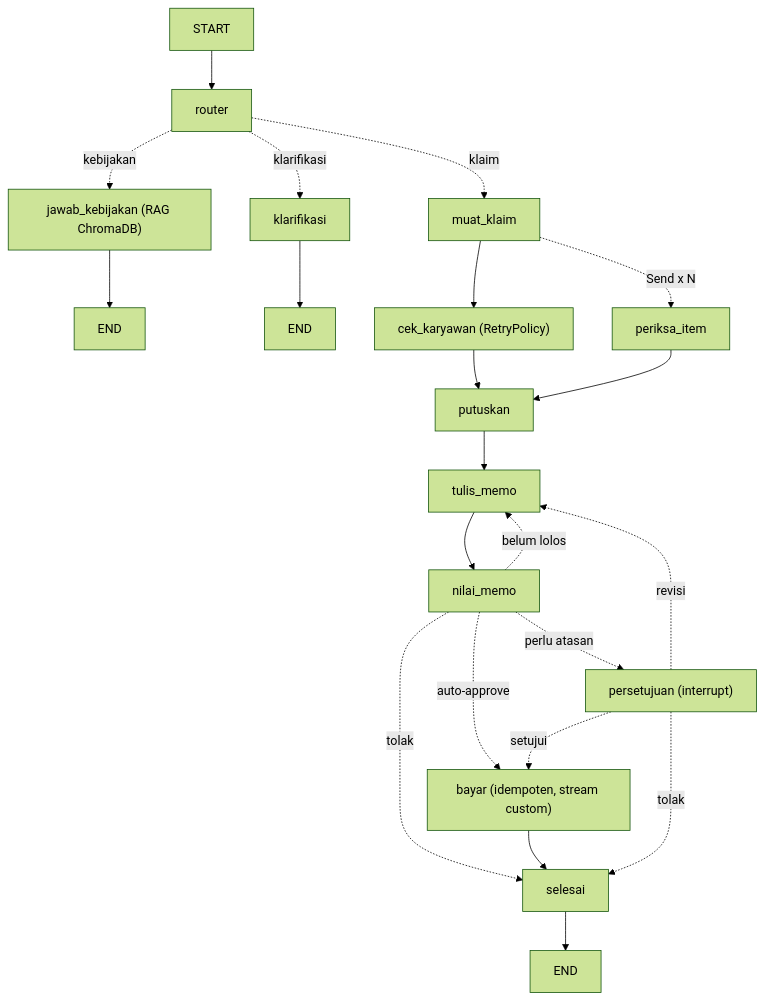
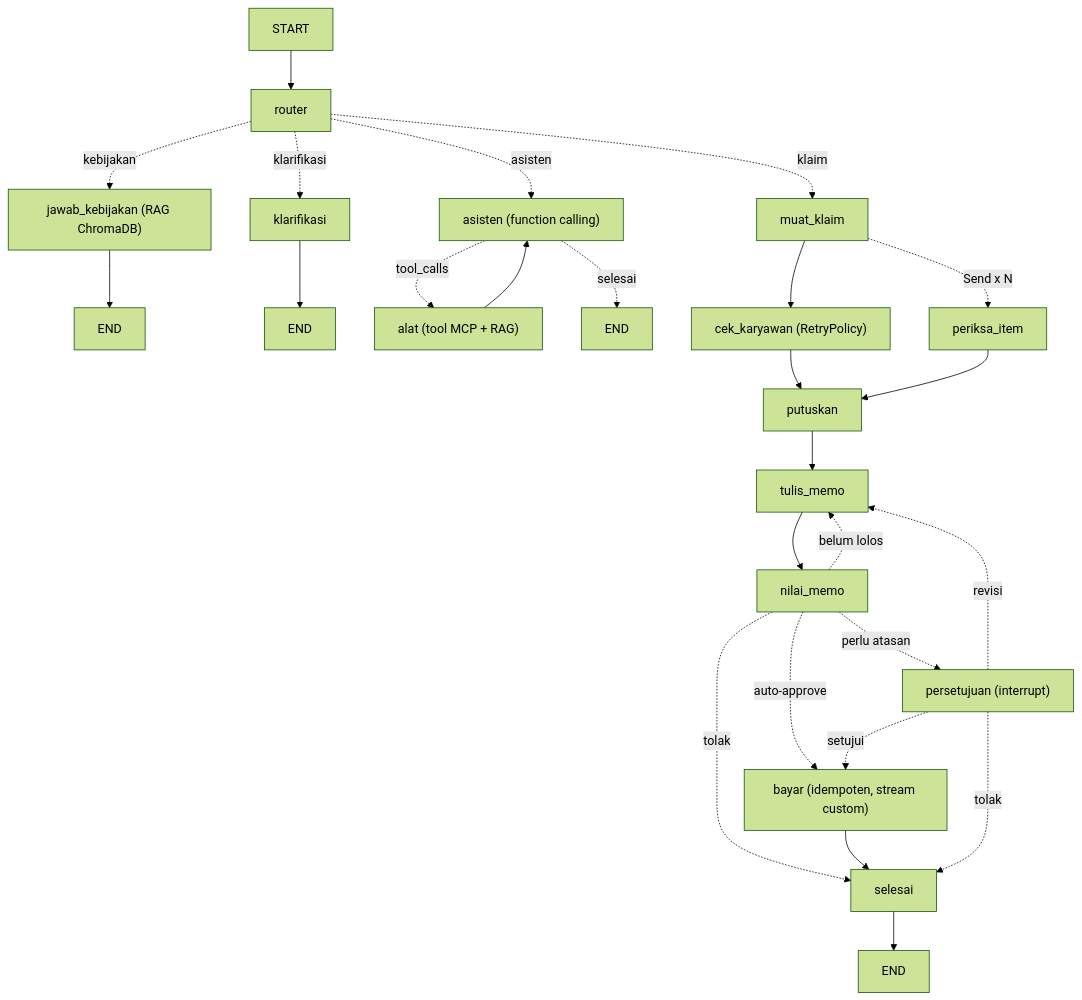
Before and after one commit to bilalbayasut/langgraph-klaim-lab: the tenth of 10 diagrams in LAB.md, drawn with Mermaid (forest theme). The commit also changed other lines of this file and 8 other files, not shown here.

First line of the commit message:
Tahap B: Hari 1 lengkap (function calling, MCP, retrieval sebagai tool, evaluasi)

````diff
--- a/LAB.md
+++ b/LAB.md
@@ -4570,19 +5506,22 @@
 ```mermaid
 flowchart TD
   START --> router
   router -.klaim.-> muat_klaim
   router -.kebijakan.-> jawab_kebijakan["jawab_kebijakan (RAG ChromaDB)"] --> E1[END]
   router -.klarifikasi.-> klarifikasi --> E2[END]
+  router -.asisten.-> asisten["asisten (function calling)"]
+  asisten -.tool_calls.-> alat["alat (tool MCP + RAG)"] --> asisten
+  asisten -.selesai.-> E4[END]
   muat_klaim --> cek_karyawan["cek_karyawan (RetryPolicy)"]
   muat_klaim -.Send x N.-> periksa_item
   cek_karyawan --> putuskan
   periksa_item --> putuskan
   putuskan --> tulis_memo --> nilai_memo
   nilai_memo -.belum lolos.-> tulis_memo
   nilai_memo -.perlu atasan.-> persetujuan["persetujuan (interrupt)"]
   nilai_memo -.auto-approve.-> bayar
   nilai_memo -.tolak.-> selesai
   persetujuan -.setujui.-> bayar["bayar (idempoten, stream custom)"] --> selesai --> E3[END]
   persetujuan -.revisi.-> tulis_memo
   persetujuan -.tolak.-> selesai
 ```
````
